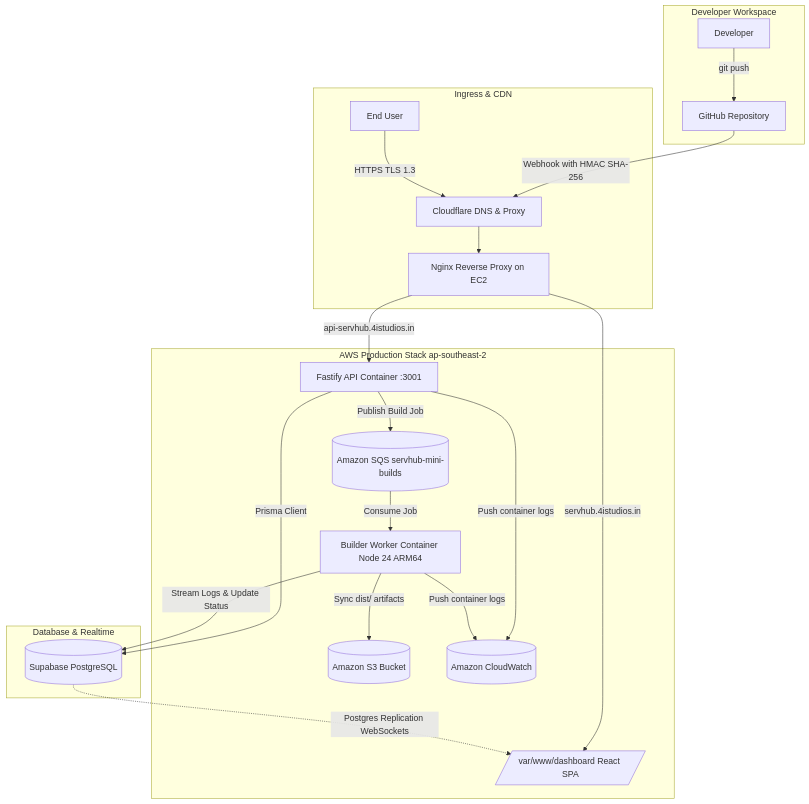
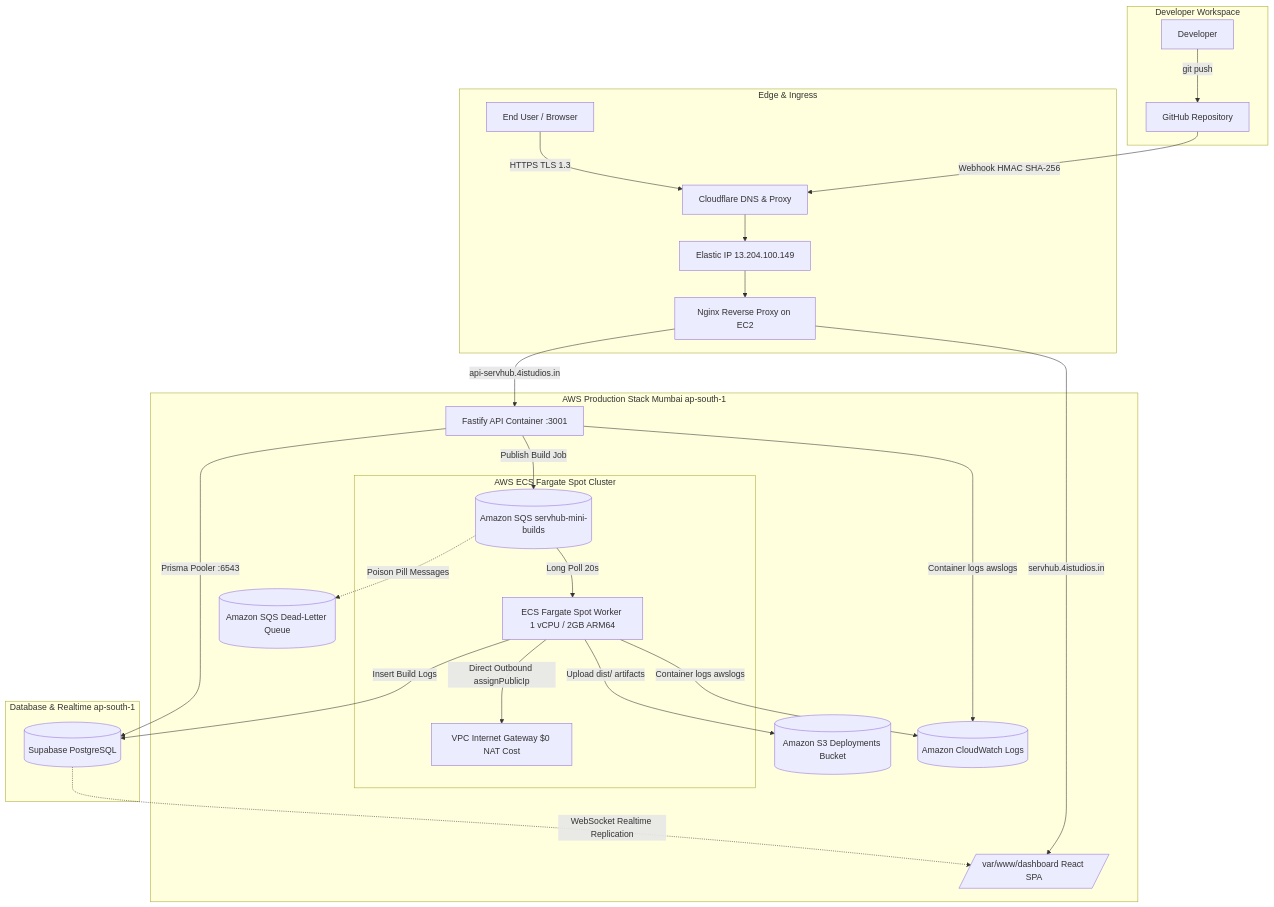
One commit to Vinish-Rexson/ServHub-mini changed the diagram in README.md. Above: the diagram before and after it, drawn with Mermaid. The commit also changed other lines of this file and 40 other files, not shown here.

Commit message:
feat: complete deployment overhaul with ecs fargate spot, wildcard proxy, and ui updates

````diff
--- a/README.md
+++ b/README.md
@@ -35,29 +34,35 @@
 ```mermaid
 flowchart TD
     subgraph Developer Workspace
         DEV[Developer] -->|git push| GH[GitHub Repository]
     end
 
-    subgraph Ingress & CDN
-        GH -->|Webhook with HMAC SHA-256| CF[Cloudflare DNS & Proxy]
-        USER[End User] -->|HTTPS TLS 1.3| CF
-        CF --> NGINX[Nginx Reverse Proxy on EC2]
+    subgraph Edge & Ingress
+        GH -->|Webhook HMAC SHA-256| CF[Cloudflare DNS & Proxy]
+        USER[End User / Browser] -->|HTTPS TLS 1.3| CF
+        CF --> EIP[Elastic IP 13.204.100.149]
+        EIP --> NGINX[Nginx Reverse Proxy on EC2]
     end
 
-    subgraph AWS Production Stack ap-southeast-2
+    subgraph AWS Production Stack Mumbai ap-south-1
         NGINX -->|servhub.4istudios.in| DASH[/var/www/dashboard React SPA/]
         NGINX -->|api-servhub.4istudios.in| API[Fastify API Container :3001]
         
         API -->|Publish Build Job| SQS[(Amazon SQS servhub-mini-builds)]
-        SQS -->|Consume Job| BUILDER[Builder Worker Container Node 24 ARM64]
+        SQS -.->|Poison Pill Messages| DLQ[(Amazon SQS Dead-Letter Queue)]
         
-        BUILDER -->|Sync dist/ artifacts| S3[(Amazon S3 Bucket)]
-        API & BUILDER -->|Push container logs| CW[(Amazon CloudWatch)]
+        subgraph AWS ECS Fargate Spot Cluster
+            SQS -->|Long Poll 20s| FARGATE[ECS Fargate Spot Worker 1 vCPU / 2GB ARM64]
+            FARGATE -->|Direct Outbound assignPublicIp| IGW[VPC Internet Gateway $0 NAT Cost]
+        end
+        
+        FARGATE -->|Upload dist/ artifacts| S3[(Amazon S3 Deployments Bucket)]
+        API & FARGATE -->|Container logs awslogs| CW[(Amazon CloudWatch Logs)]
     end
 
-    subgraph Database & Realtime
-        API -->|Prisma Client| PG[(Supabase PostgreSQL)]
-        BUILDER -->|Stream Logs & Update Status| PG
-        PG -.->|Postgres Replication WebSockets| DASH
+    subgraph Database & Realtime ap-south-1
+        API -->|Prisma Pooler :6543| PG[(Supabase PostgreSQL)]
+        FARGATE -->|Insert Build Logs| PG
+        PG -.->|WebSocket Realtime Replication| DASH
     end
 ```
````
